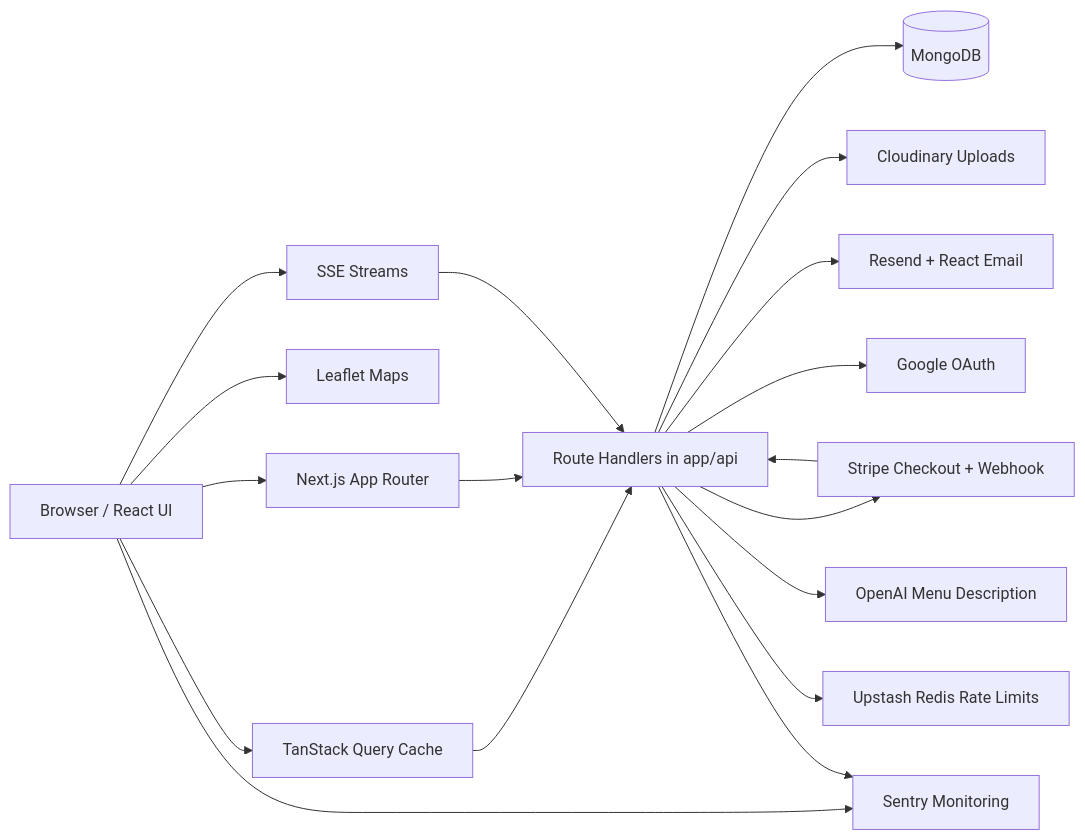
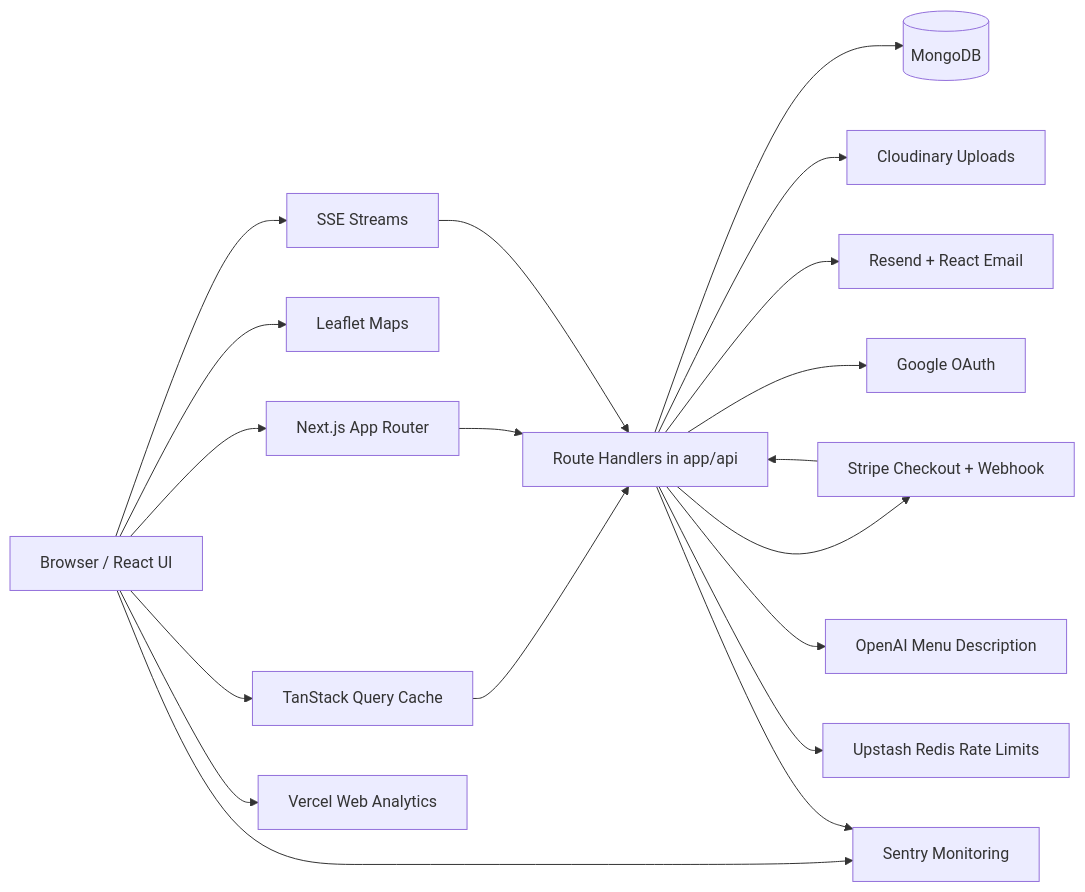
The first of 9 diagrams in ARCHITECTURE.md (kimamovic21/food-ordering-app-nextjs-cwd-yt-2023), drawn with Mermaid before and after one commit. The commit also changed other lines of this file and 39 other files, not shown here.

````diff
--- a/ARCHITECTURE.md
+++ b/ARCHITECTURE.md
@@ -9,35 +9,37 @@
 ```mermaid
 flowchart LR
   Browser[Browser / React UI]
   NextApp[Next.js App Router]
   Api[Route Handlers in app/api]
   Mongo[(MongoDB)]
   Stripe[Stripe Checkout + Webhook]
   Cloudinary[Cloudinary Uploads]
   Resend[Resend + React Email]
   Google[Google OAuth]
   OpenAI[OpenAI Menu Description]
   Redis[Upstash Redis Rate Limits]
   Maps[Leaflet Maps]
   SSE[SSE Streams]
   Query[TanStack Query Cache]
   Sentry[Sentry Monitoring]
+  Analytics[Vercel Web Analytics]
 
   Browser --> NextApp
   Browser --> Query
   Query --> Api
   NextApp --> Api
   Api --> Mongo
   Api --> Stripe
   Api --> Cloudinary
   Api --> Resend
   Api --> Google
   Api --> OpenAI
   Api --> Redis
   Browser --> Maps
   Browser --> SSE
   SSE --> Api
   Browser --> Sentry
+  Browser --> Analytics
   Api --> Sentry
   Stripe --> Api
 ```
````
